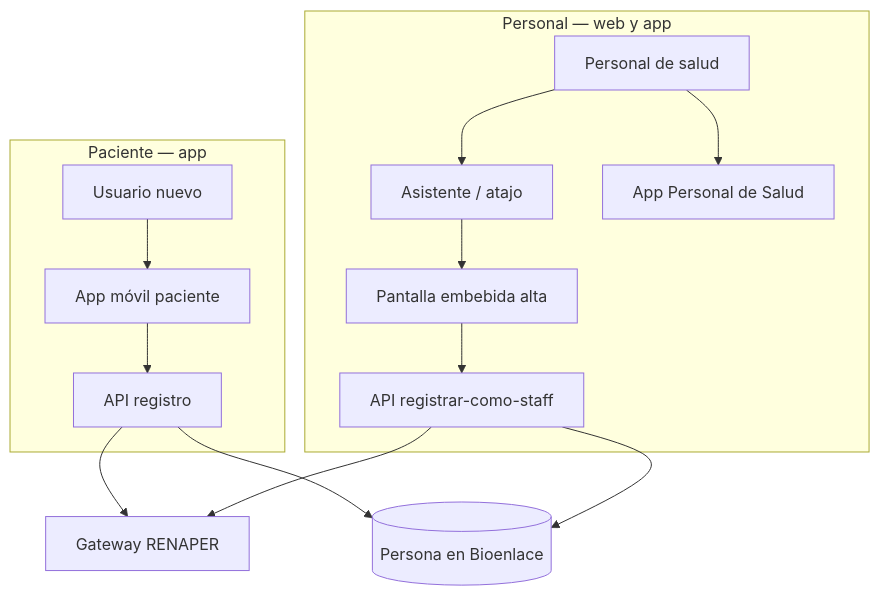
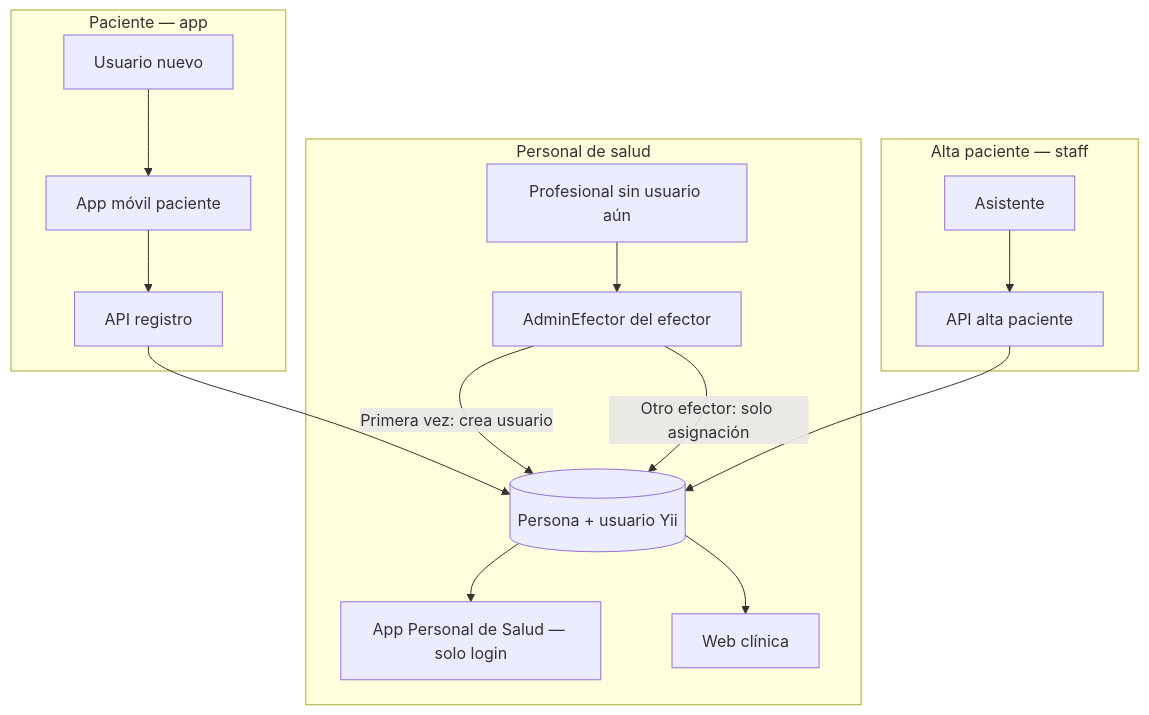
One commit to luischanferoni/bioenlace changed the diagram in web/docs/producto/apps-paciente-personalsalud.md. Above: the diagram before and after it, drawn with Mermaid. The commit also changed other lines of this file and 19 other files, not shown here.

````diff
--- a/web/docs/producto/apps-paciente-personalsalud.md
+++ b/web/docs/producto/apps-paciente-personalsalud.md
@@ -11,22 +11,26 @@
 ```mermaid
 flowchart TB
   subgraph paciente [Paciente — app]
     PU[Usuario nuevo]
     PAPP[App móvil paciente]
     PAPI[API registro]
   end
-  subgraph staff [Personal — web y app]
-    SU[Personal de salud]
-    AS[Asistente / atajo]
-    WEB[Pantalla embebida alta]
-    MOB[App Personal de Salud]
-    SAPI[API registrar-como-staff]
+  subgraph staff [Personal de salud]
+    SU[Profesional sin usuario aún]
+    ADM[AdminEfector del efector]
+    MOB[App Personal de Salud — solo login]
+    WEB[Web clínica]
+    LOC[(Persona + usuario Yii)]
   end
-  REN[Gateway RENAPER]
-  LOC[(Persona en Bioenlace)]
-  PU --> PAPP --> PAPI --> REN
-  PAPI --> LOC
-  SU --> AS --> WEB --> SAPI --> REN
-  SU --> MOB
-  SAPI --> LOC
+  subgraph alta_paciente [Alta paciente — staff]
+    AS[Asistente]
+    SAPI[API alta paciente]
+  end
+  PU --> PAPP --> PAPI --> LOC
+  SU --> ADM
+  ADM -->|Primera vez: crea usuario| LOC
+  ADM -->|Otro efector: solo asignación| LOC
+  LOC --> MOB
+  LOC --> WEB
+  AS --> SAPI --> LOC
 ```
````
